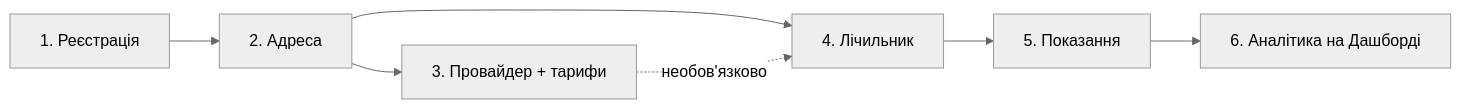
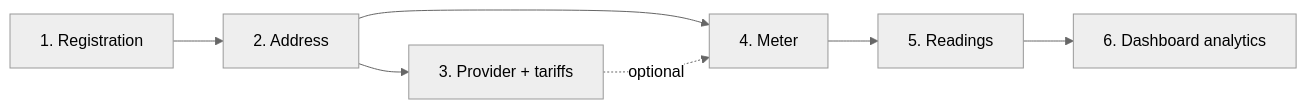
The diagram in docs/user_docs/README.md (AratKruglik/komunalka-laravel-api), drawn with Mermaid (neutral theme) before and after one commit. The commit also changed other lines of this file and 10 other files, not shown here.

````diff
--- a/docs/user_docs/README.md
+++ b/docs/user_docs/README.md
@@ -26,9 +26,9 @@
 ```mermaid
 flowchart LR
-    A[1. Реєстрація] --> B[2. Адреса]
-    B --> C[3. Провайдер + тарифи]
-    B --> D[4. Лічильник]
-    C -.необов'язково.-> D
-    D --> E[5. Показання]
-    E --> F[6. Аналітика на Дашборді]
+    A[1. Registration] --> B[2. Address]
+    B --> C[3. Provider + tariffs]
+    B --> D[4. Meter]
+    C -.optional.-> D
+    D --> E[5. Readings]
+    E --> F[6. Dashboard analytics]
 ```
````
